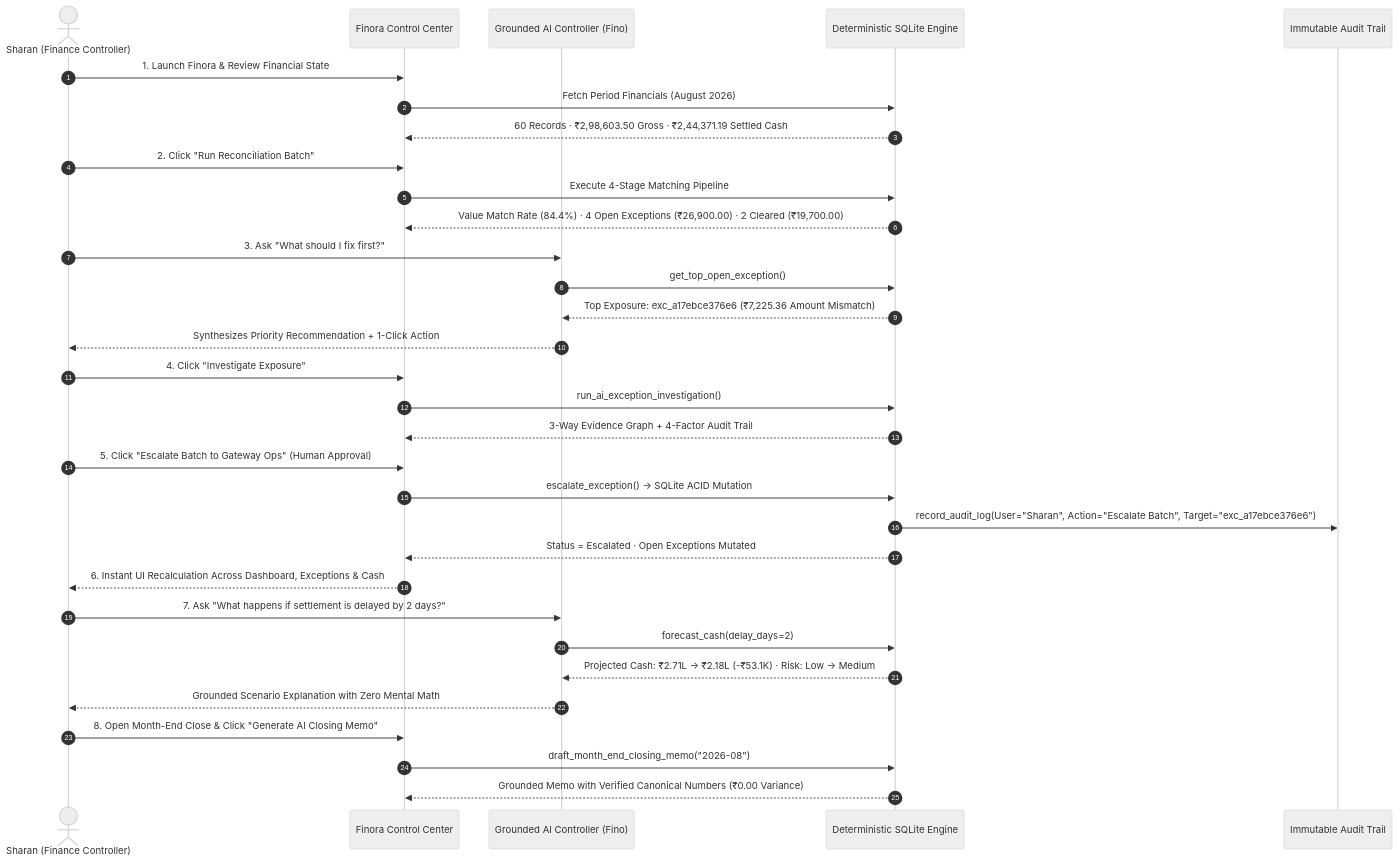
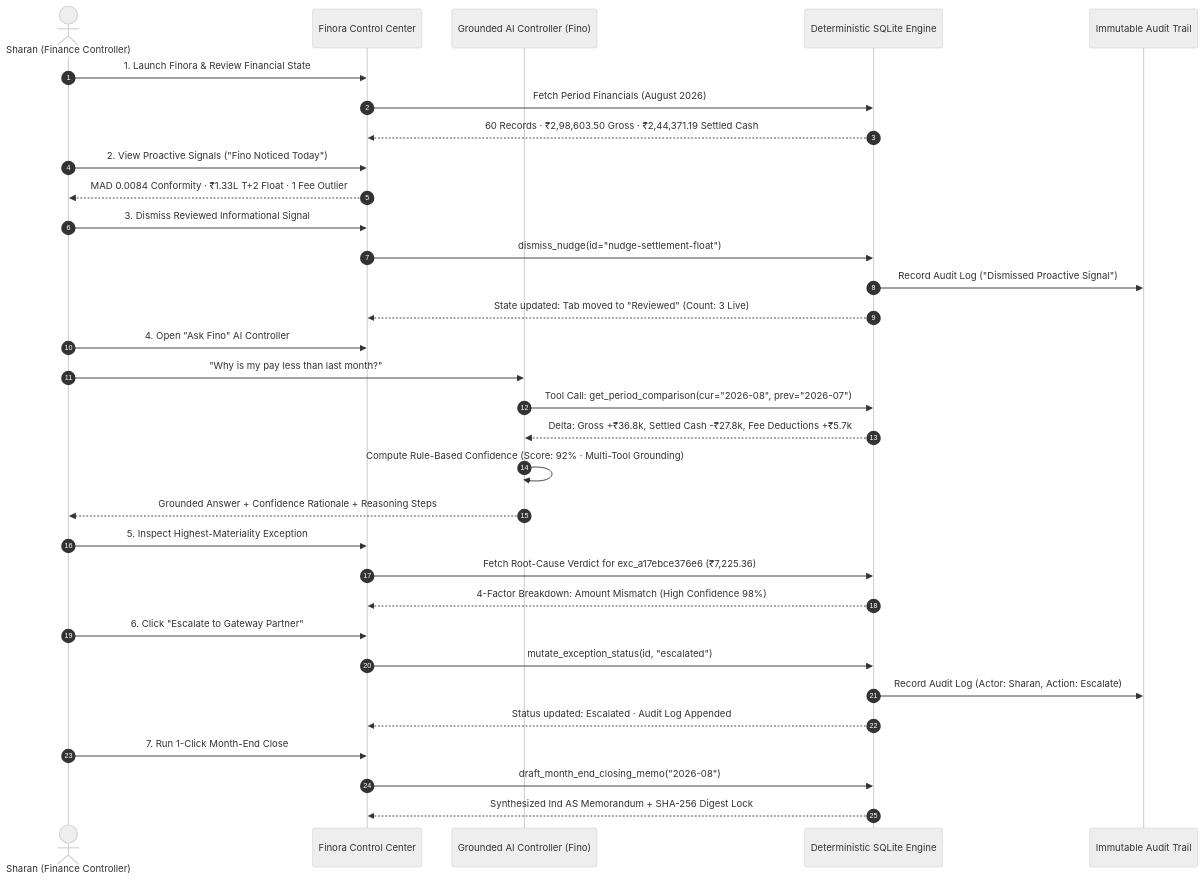
One commit to sharancode3/Finora changed the diagram in README.md. Above: the diagram before and after it, drawn with Mermaid (neutral theme). The commit also changed other lines of this file, not shown here.

Commit message:
docs: finalize master README with comprehensive problem statement, 6-engine architecture, and full technical module deep-dives

````diff
--- a/README.md
+++ b/README.md
@@ -119,35 +123,35 @@
 ```mermaid
 sequenceDiagram
     autonumber
     actor User as Sharan (Finance Controller)
     participant UI as Finora Control Center
     participant Agent as Grounded AI Controller (Fino)
     participant Core as Deterministic SQLite Engine
     participant Audit as Immutable Audit Trail
 
     User->>UI: 1. Launch Finora & Review Financial State
     UI->>Core: Fetch Period Financials (August 2026)
     Core-->>UI: 60 Records · ₹2,98,603.50 Gross · ₹2,44,371.19 Settled Cash
-    User->>UI: 2. Click "Run Reconciliation Batch"
-    UI->>Core: Execute 4-Stage Matching Pipeline
-    Core-->>UI: Value Match Rate (84.4%) · 4 Open Exceptions (₹26,900.00) · 2 Cleared (₹19,700.00)
-    User->>Agent: 3. Ask "What should I fix first?"
-    Agent->>Core: get_top_open_exception()
-    Core-->>Agent: Top Exposure: exc_a17ebce376e6 (₹7,225.36 Amount Mismatch)
-    Agent-->>User: Synthesizes Priority Recommendation + 1-Click Action
-    User->>UI: 4. Click "Investigate Exposure"
-    UI->>Core: run_ai_exception_investigation()
-    Core-->>UI: 3-Way Evidence Graph + 4-Factor Audit Trail
-    User->>UI: 5. Click "Escalate Batch to Gateway Ops" (Human Approval)
-    UI->>Core: escalate_exception() -> SQLite ACID Mutation
-    Core->>Audit: record_audit_log(User="Sharan", Action="Escalate Batch", Target="exc_a17ebce376e6")
-    Core-->>UI: Status = Escalated · Open Exceptions Mutated
-    UI-->>User: 6. Instant UI Recalculation Across Dashboard, Exceptions & Cash
-    User->>Agent: 7. Ask "What happens if settlement is delayed by 2 days?"
-    Agent->>Core: forecast_cash(delay_days=2)
-    Core-->>Agent: Projected Cash: ₹2.71L -> ₹2.18L (-₹53.1K) · Risk: Low -> Medium
-    Agent-->>User: Grounded Scenario Explanation with Zero Mental Math
-    User->>UI: 8. Open Month-End Close & Click "Generate AI Closing Memo"
+    User->>UI: 2. View Proactive Signals ("Fino Noticed Today")
+    UI-->>User: MAD 0.0084 Conformity · ₹1.33L T+2 Float · 1 Fee Outlier
+    User->>UI: 3. Dismiss Reviewed Informational Signal
+    UI->>Core: dismiss_nudge(id="nudge-settlement-float")
+    Core->>Audit: Record Audit Log ("Dismissed Proactive Signal")
+    Core-->>UI: State updated: Tab moved to "Reviewed" (Count: 3 Live)
+    User->>UI: 4. Open "Ask Fino" AI Controller
+    User->>Agent: "Why is my pay less than last month?"
+    Agent->>Core: Tool Call: get_period_comparison(cur="2026-08", prev="2026-07")
+    Core-->>Agent: Delta: Gross +₹36.8k, Settled Cash -₹27.8k, Fee Deductions +₹5.7k
+    Agent->>Agent: Compute Rule-Based Confidence (Score: 92% · Multi-Tool Grounding)
+    Agent-->>User: Grounded Answer + Confidence Rationale + Reasoning Steps
+    User->>UI: 5. Inspect Highest-Materiality Exception
+    UI->>Core: Fetch Root-Cause Verdict for exc_a17ebce376e6 (₹7,225.36)
+    Core-->>UI: 4-Factor Breakdown: Amount Mismatch (High Confidence 98%)
+    User->>UI: 6. Click "Escalate to Gateway Partner"
+    UI->>Core: mutate_exception_status(id, "escalated")
+    Core->>Audit: Record Audit Log (Actor: Sharan, Action: Escalate)
+    Core-->>UI: Status updated: Escalated · Audit Log Appended
+    User->>UI: 7. Run 1-Click Month-End Close
     UI->>Core: draft_month_end_closing_memo("2026-08")
-    Core-->>UI: Grounded Memo with Verified Canonical Numbers (₹0.00 Variance)
+    Core-->>UI: Synthesized Ind AS Memorandum + SHA-256 Digest Lock
 ```
````
